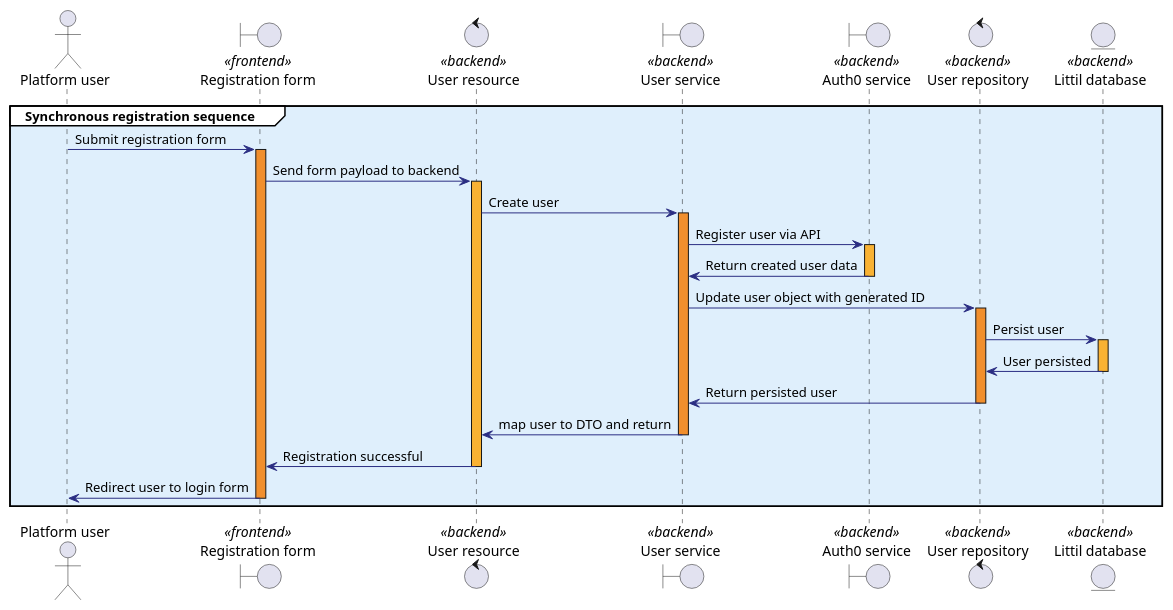
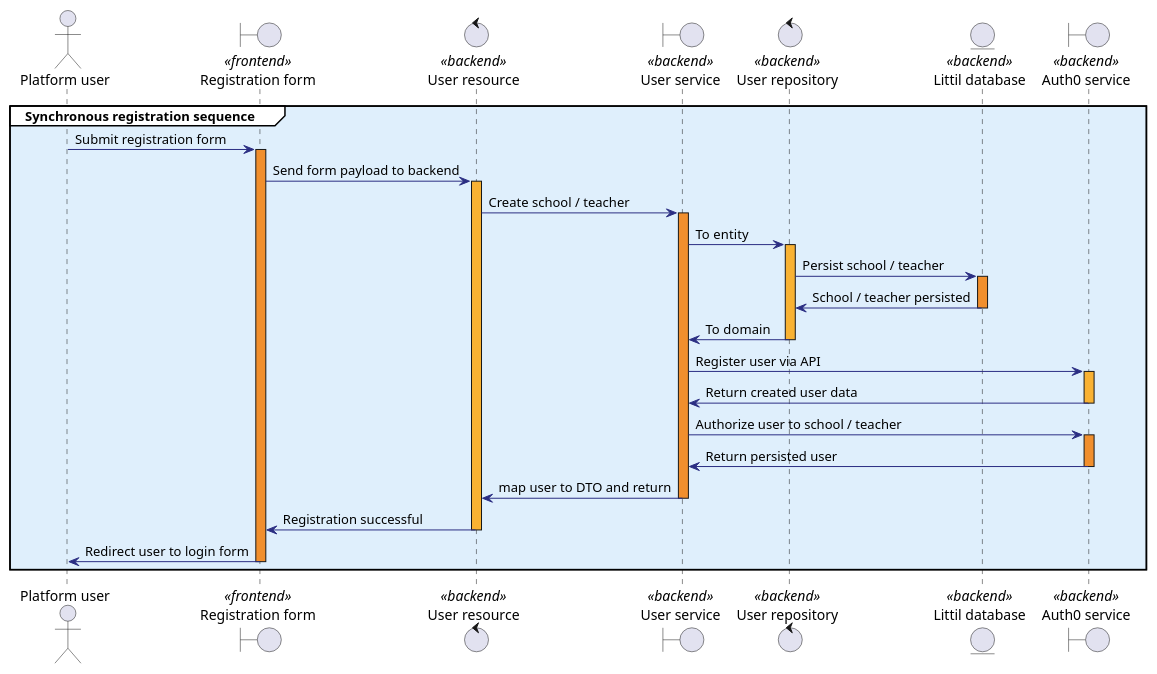
One commit to Devoxx4Kids-NPO/littil-documentation changed the diagram in docs/diagrams/src/registration-process-sequence-diagram.puml. Above: the diagram before and after it, drawn with PlantUML. The commit also changed 4 other files, not shown here.

```diff
--- a/docs/diagrams/src/registration-process-sequence-diagram.puml
+++ b/docs/diagrams/src/registration-process-sequence-diagram.puml
@@ -1,40 +1,44 @@
 @startuml
 skinparam sequence {
     ArrowColor #2B2E83
     GroupBackgroundColor #FFFFFF
 }
 actor       "Platform user"         as platform_user
-boundary "Registration form"        as frontend_registration_form <<frontend>>
-control "User resource"             as user_resource <<backend>>
-boundary "User service"             as user_service <<backend>>
-boundary "Auth0 service"            as backend_auth0_service <<backend>>
-control "User repository"           as user_repository <<backend>>
-entity "Littil database"            as littil_database <<backend>>
+boundary    "Registration form"     as frontend_registration_form <<frontend>>
+control     "User resource"         as user_resource <<backend>>
+boundary    "User service"          as user_service <<backend>>
+control     "User repository"       as user_repository <<backend>>
+entity      "Littil database"       as littil_database <<backend>>
+boundary    "Auth0 service"         as backend_auth0_service <<backend>>
 
 group #DFEFFC Synchronous registration sequence
 platform_user -> frontend_registration_form: Submit registration form
 activate frontend_registration_form #F18F2D
 frontend_registration_form -> user_resource: Send form payload to backend
 activate user_resource #F9B233
-user_resource -> user_service : Create user
+user_resource -> user_service : Create school / teacher
 activate user_service #F18F2D
+user_service -> user_repository : To entity
+activate user_repository #F9B233
+user_repository -> littil_database : Persist school / teacher
+activate littil_database #F18F2D
+user_repository <- littil_database : School / teacher persisted
+deactivate littil_database
+user_service <- user_repository : To domain
+deactivate user_repository
 user_service -> backend_auth0_service : Register user via API
 activate backend_auth0_service #F9B233
 user_service <- backend_auth0_service : Return created user data
 deactivate backend_auth0_service
-user_service -> user_repository : Update user object with generated ID
-activate user_repository #F18F2D
-user_repository -> littil_database : Persist user
-activate littil_database #F9B233
-user_repository <- littil_database : User persisted
-deactivate littil_database
-user_service <- user_repository : Return persisted user
-deactivate user_repository
+user_service -> backend_auth0_service : Authorize user to school / teacher
+activate backend_auth0_service #F18F2D
+user_service <- backend_auth0_service : Return persisted user
+deactivate backend_auth0_service
 user_resource <- user_service : map user to DTO and return
 deactivate user_service
 user_resource -> frontend_registration_form : Registration successful
 deactivate user_resource
 frontend_registration_form -> platform_user: Redirect user to login form
 deactivate frontend_registration_form
 end
 @enduml
```
